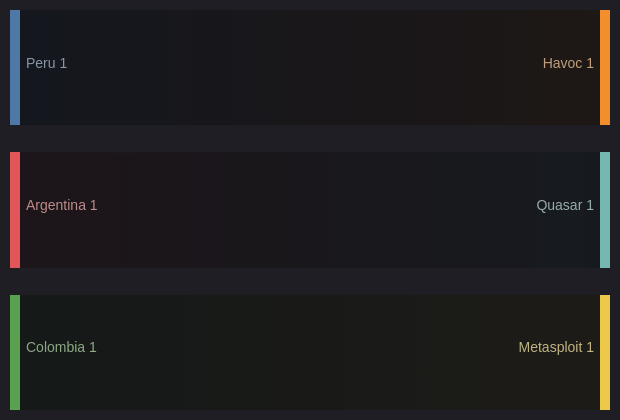
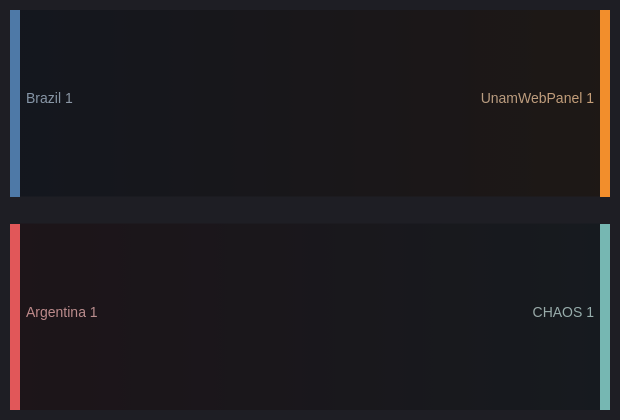
Before and after one commit to ZoqueLabs/website: the seventh of 8 diagrams in zolim.md, drawn with Mermaid. The commit also changed other lines of this file, not shown here.

````diff
--- a/zolim.md
+++ b/zolim.md
@@ -222,11 +221,10 @@
 ```mermaid
 ---
 config:
   theme: dark
 ---
 %% Δ Country → Threat (new edges)
 sankey-beta
-  Peru,Havoc,1
-  Argentina,Quasar,1
-  Colombia,Metasploit,1
+  Brazil,UnamWebPanel,1
+  Argentina,CHAOS,1
 ```
````
